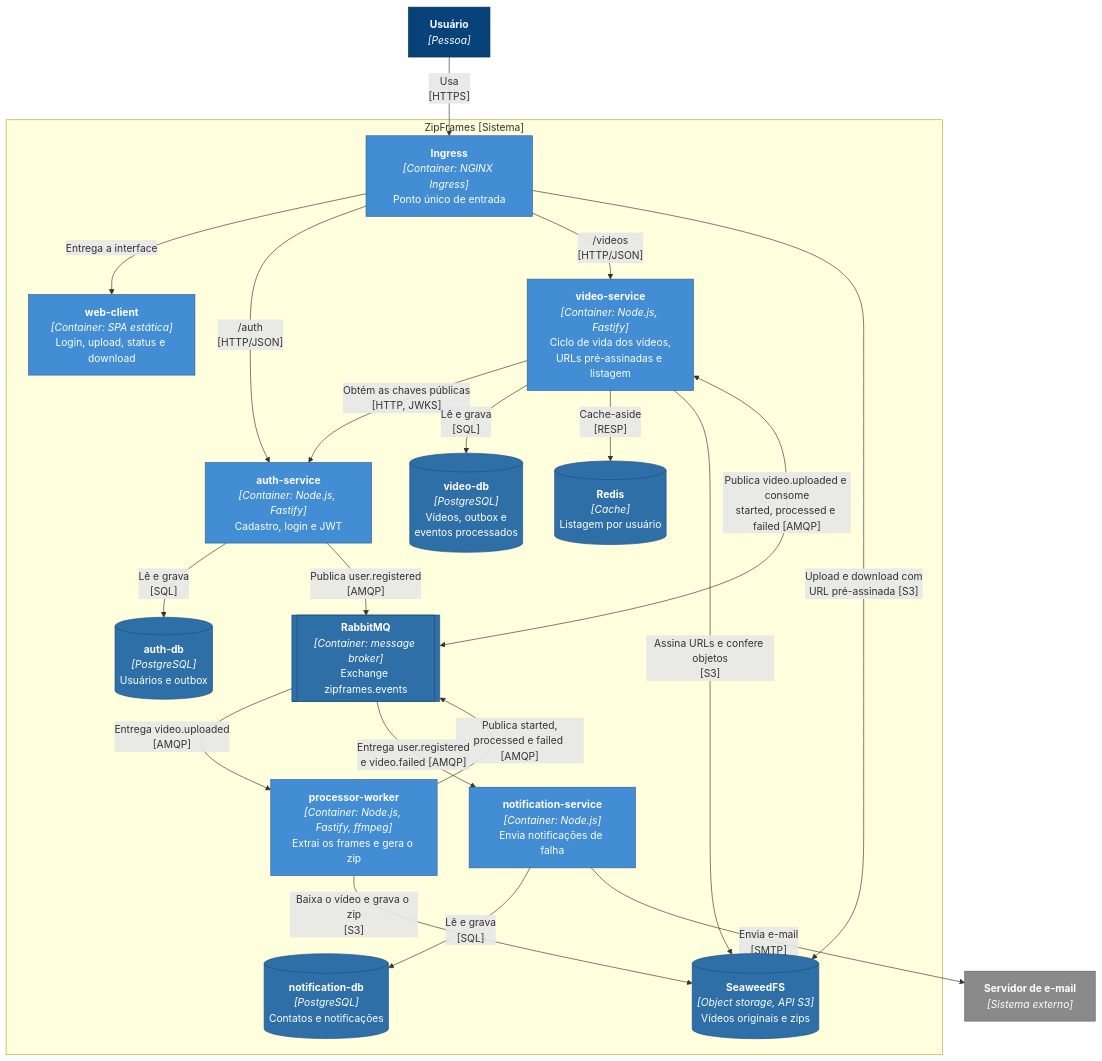
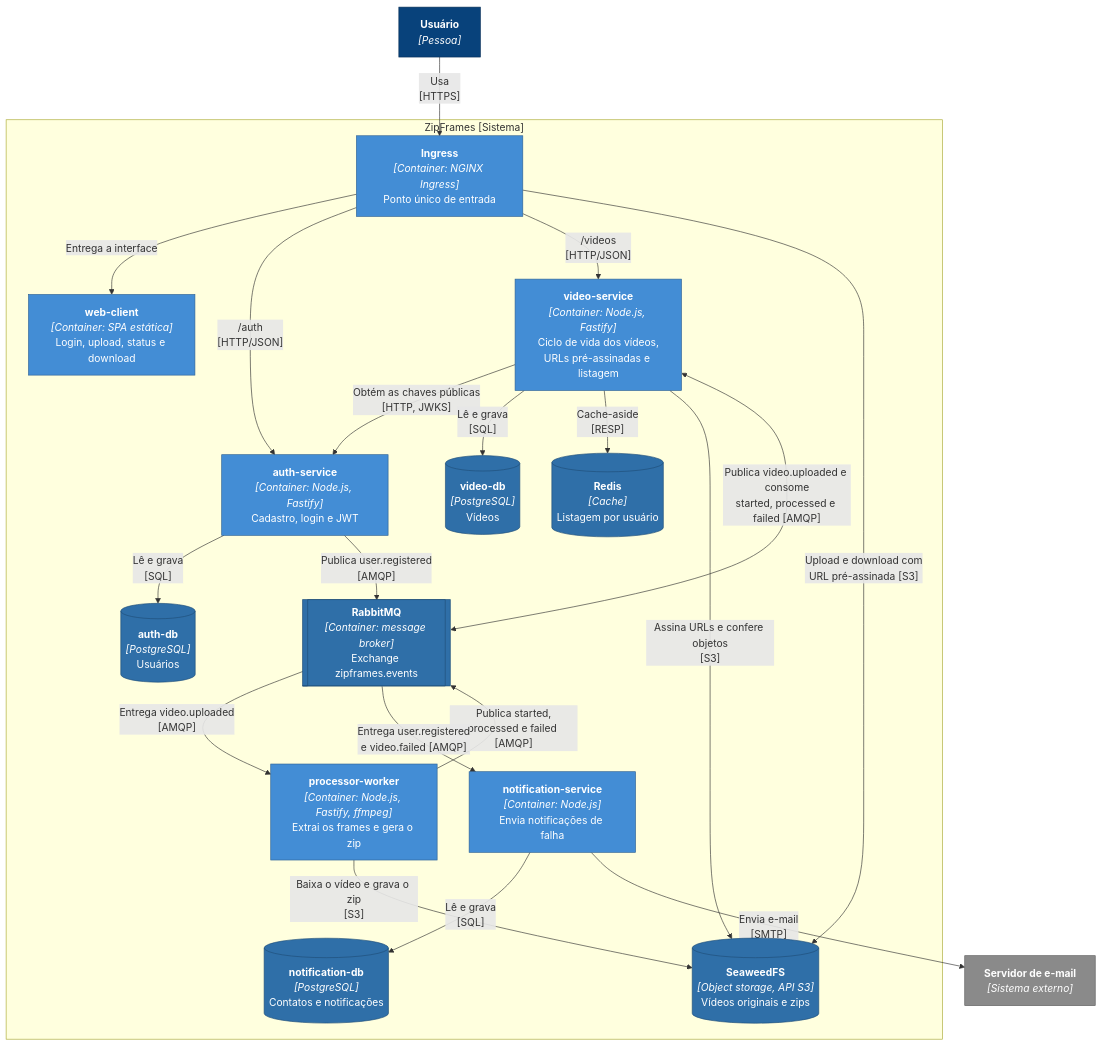
One commit to knzt/zipframes changed the diagram in docs/domain/c4/02-containers.md. Above: the diagram before and after it, drawn with Mermaid. The commit also changed 36 other files, not shown here.

First line of the commit message:
refactor: drop transactional outbox from auth-service (#26)

````diff
--- a/docs/domain/c4/02-containers.md
+++ b/docs/domain/c4/02-containers.md
@@ -5,50 +5,50 @@
 ```mermaid
 flowchart TB
   user["<b>Usuário</b><br/><i>[Pessoa]</i>"]
   smtp["<b>Servidor de e-mail</b><br/><i>[Sistema externo]</i>"]
 
   subgraph zipframes["ZipFrames [Sistema]"]
     web["<b>web-client</b><br/><i>[Container: SPA estática]</i><br/>Login, upload, status e download"]
     ingress["<b>Ingress</b><br/><i>[Container: NGINX Ingress]</i><br/>Ponto único de entrada"]
     auth["<b>auth-service</b><br/><i>[Container: Node.js, Fastify]</i><br/>Cadastro, login e JWT"]
     video["<b>video-service</b><br/><i>[Container: Node.js, Fastify]</i><br/>Ciclo de vida dos vídeos,<br/>URLs pré-assinadas e listagem"]
     worker["<b>processor-worker</b><br/><i>[Container: Node.js, Fastify, ffmpeg]</i><br/>Extrai os frames e gera o zip"]
     notif["<b>notification-service</b><br/><i>[Container: Node.js]</i><br/>Envia notificações de falha"]
     broker[["<b>RabbitMQ</b><br/><i>[Container: message broker]</i><br/>Exchange zipframes.events"]]
-    authdb[("<b>auth-db</b><br/><i>[PostgreSQL]</i><br/>Usuários e outbox")]
-    videodb[("<b>video-db</b><br/><i>[PostgreSQL]</i><br/>Vídeos, outbox e<br/>eventos processados")]
+    authdb[("<b>auth-db</b><br/><i>[PostgreSQL]</i><br/>Usuários")]
+    videodb[("<b>video-db</b><br/><i>[PostgreSQL]</i><br/>Vídeos")]
     notifdb[("<b>notification-db</b><br/><i>[PostgreSQL]</i><br/>Contatos e notificações")]
     cache[("<b>Redis</b><br/><i>[Cache]</i><br/>Listagem por usuário")]
     storage[("<b>SeaweedFS</b><br/><i>[Object storage, API S3]</i><br/>Vídeos originais e zips")]
   end
 
   user -- "Usa<br/>[HTTPS]" --> ingress
   ingress -- "Entrega a interface" --> web
   ingress -- "/auth<br/>[HTTP/JSON]" --> auth
   ingress -- "/videos<br/>[HTTP/JSON]" --> video
   ingress -- "Upload e download com<br/>URL pré-assinada [S3]" --> storage
 
   video -- "Obtém as chaves públicas<br/>[HTTP, JWKS]" --> auth
   auth -- "Lê e grava<br/>[SQL]" --> authdb
   video -- "Lê e grava<br/>[SQL]" --> videodb
   notif -- "Lê e grava<br/>[SQL]" --> notifdb
   video -- "Cache-aside<br/>[RESP]" --> cache
   video -- "Assina URLs e confere objetos<br/>[S3]" --> storage
   worker -- "Baixa o vídeo e grava o zip<br/>[S3]" --> storage
 
   auth -- "Publica user.registered<br/>[AMQP]" --> broker
   video <-- "Publica video.uploaded e consome<br/>started, processed e failed [AMQP]" --> broker
   broker -- "Entrega video.uploaded<br/>[AMQP]" --> worker
   worker -- "Publica started,<br/>processed e failed [AMQP]" --> broker
   broker -- "Entrega user.registered<br/>e video.failed [AMQP]" --> notif
   notif -- "Envia e-mail<br/>[SMTP]" --> smtp
 
   classDef person fill:#08427b,stroke:#052e56,color:#ffffff
   classDef container fill:#438dd5,stroke:#2e6295,color:#ffffff
   classDef store fill:#2f6fa8,stroke:#1f4d78,color:#ffffff
   classDef external fill:#8a8a8a,stroke:#5e5e5e,color:#ffffff
   class user person
   class web,ingress,auth,video,worker,notif container
   class broker,authdb,videodb,notifdb,cache,storage store
   class smtp external
 ```
````
